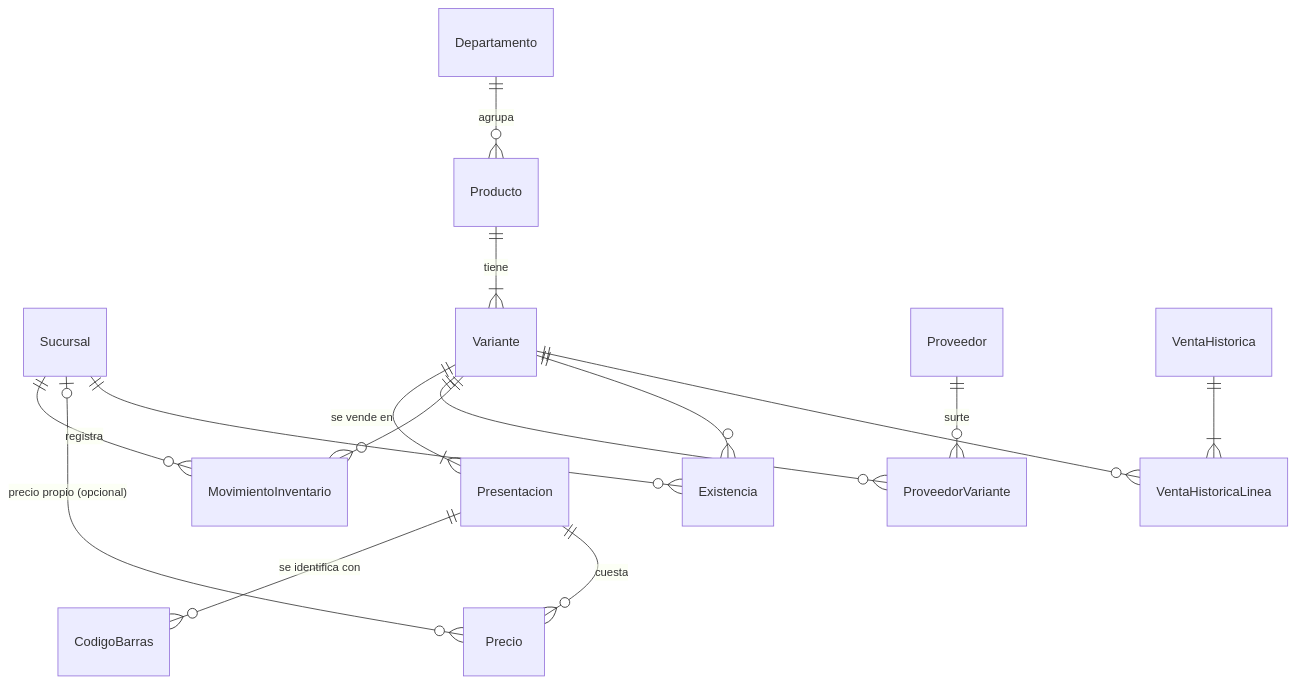
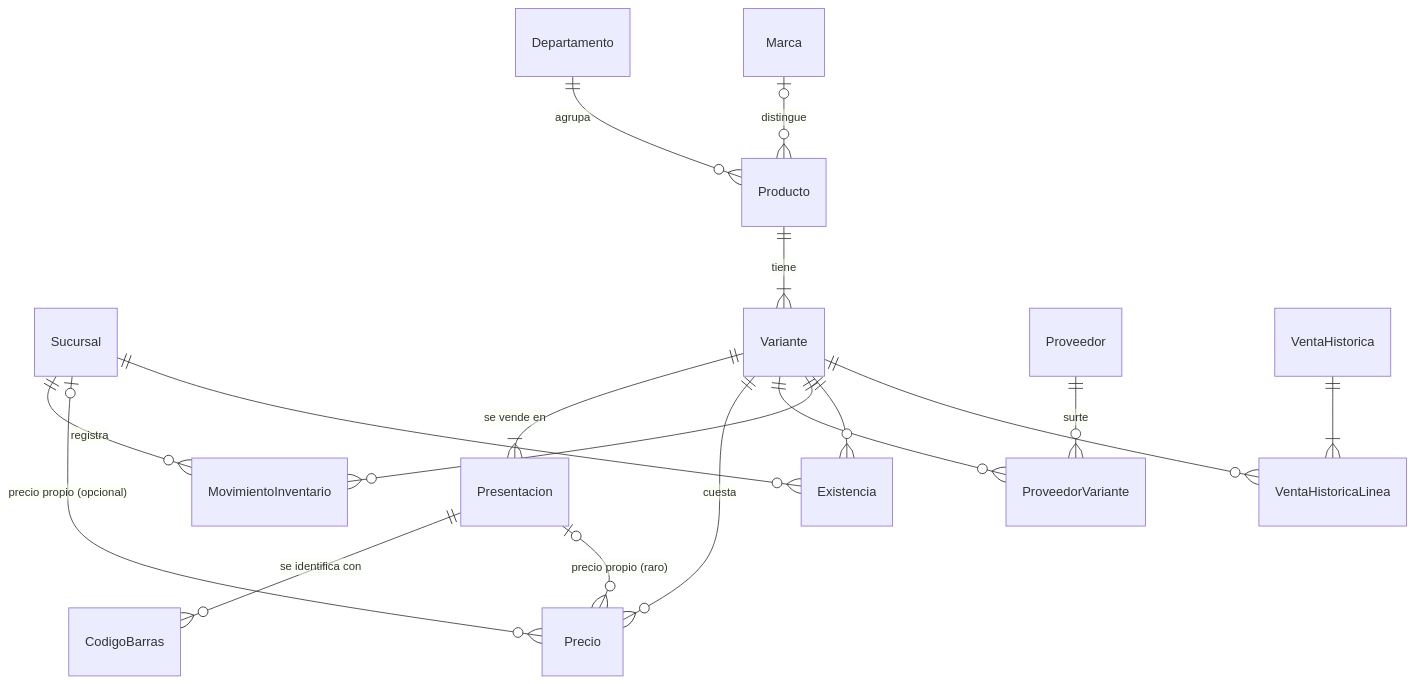
One commit to Marioalr/papeleria-pos changed the diagram in docs/modelo-datos.md. Above: the diagram before and after it, drawn with Mermaid. The commit also changed other lines of this file and 3 other files, not shown here.

````diff
--- a/docs/modelo-datos.md
+++ b/docs/modelo-datos.md
@@ -8,17 +8,19 @@
 ```mermaid
 erDiagram
     Sucursal ||--o{ MovimientoInventario : "registra"
     Departamento ||--o{ Producto : "agrupa"
+    Marca |o--o{ Producto : "distingue"
     Producto ||--|{ Variante : "tiene"
     Variante ||--|{ Presentacion : "se vende en"
     Presentacion ||--o{ CodigoBarras : "se identifica con"
-    Presentacion ||--o{ Precio : "cuesta"
+    Variante ||--o{ Precio : "cuesta"
+    Presentacion |o--o{ Precio : "precio propio (raro)"
     Sucursal |o--o{ Precio : "precio propio (opcional)"
     Proveedor ||--o{ ProveedorVariante : "surte"
     Variante ||--o{ ProveedorVariante : ""
     Variante ||--o{ MovimientoInventario : ""
     Variante ||--o{ Existencia : ""
     Sucursal ||--o{ Existencia : ""
     VentaHistorica ||--|{ VentaHistoricaLinea : ""
     Variante ||--o{ VentaHistoricaLinea : ""
 ```
````
